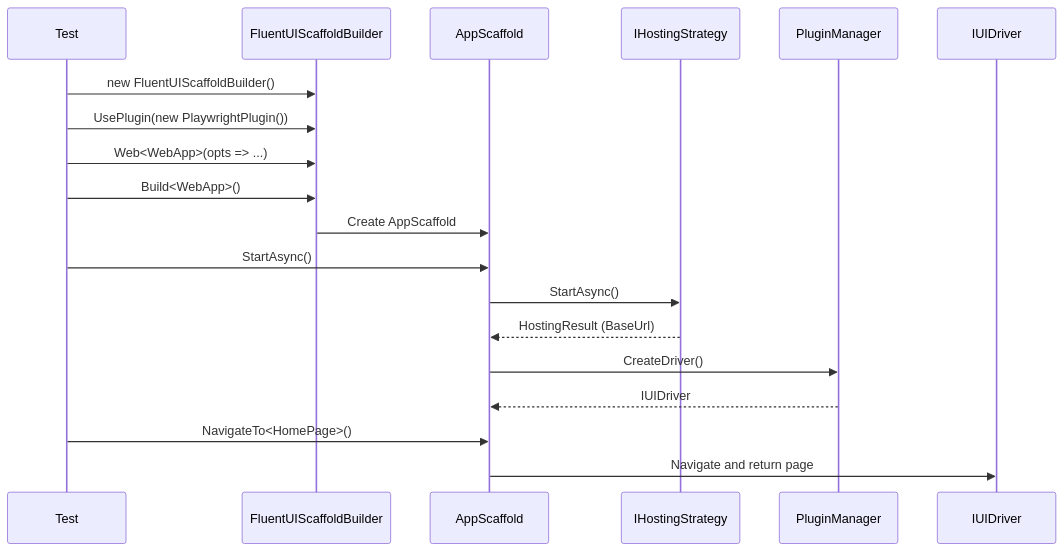
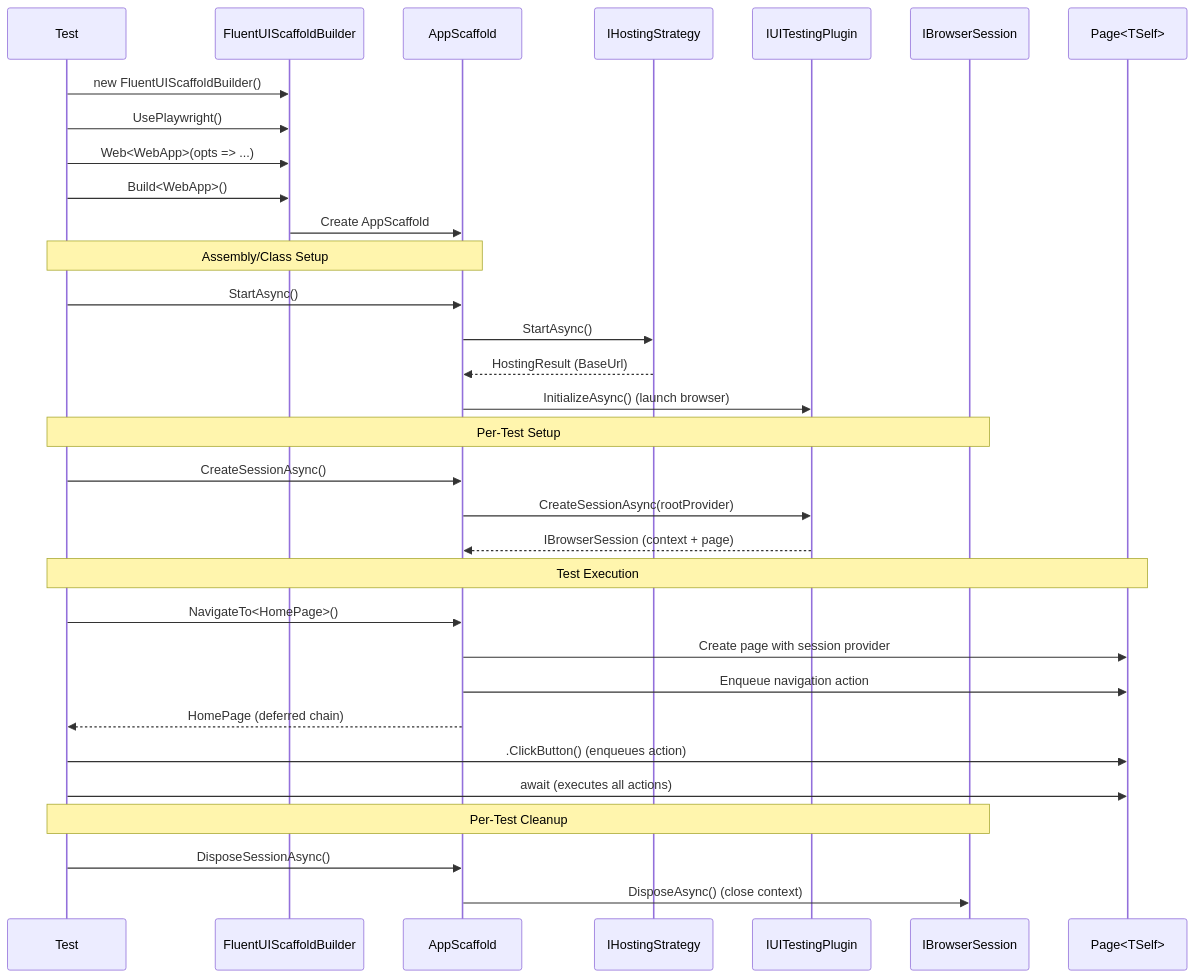
One commit to rburnham52/fluent-ui-scaffold changed the second of 2 diagrams in docs/architecture.md. Above: the diagram before and after it, drawn with Mermaid. The commit also changed other lines of this file and 112 other files, not shown here.

First line of the commit message:
refactor: Foundation redesign - deferred execution chains and plugin/session architecture (#32)

````diff
--- a/docs/architecture.md
+++ b/docs/architecture.md
@@ -123,22 +121,39 @@
 ```mermaid
 sequenceDiagram
     participant Test
     participant Builder as FluentUIScaffoldBuilder
     participant App as AppScaffold
     participant HS as IHostingStrategy
-    participant PM as PluginManager
-    participant Driver as IUIDriver
+    participant Plugin as IUITestingPlugin
+    participant Session as IBrowserSession
+    participant Page as Page<TSelf>
 
     Test->>Builder: new FluentUIScaffoldBuilder()
-    Test->>Builder: UsePlugin(new PlaywrightPlugin())
+    Test->>Builder: UsePlaywright()
     Test->>Builder: Web<WebApp>(opts => ...)
     Test->>Builder: Build<WebApp>()
     Builder->>App: Create AppScaffold
+
+    Note over Test,App: Assembly/Class Setup
     Test->>App: StartAsync()
     App->>HS: StartAsync()
     HS-->>App: HostingResult (BaseUrl)
-    App->>PM: CreateDriver()
-    PM-->>App: IUIDriver
+    App->>Plugin: InitializeAsync() (launch browser)
+
+    Note over Test,Session: Per-Test Setup
+    Test->>App: CreateSessionAsync()
+    App->>Plugin: CreateSessionAsync(rootProvider)
+    Plugin-->>App: IBrowserSession (context + page)
+
+    Note over Test,Page: Test Execution
     Test->>App: NavigateTo<HomePage>()
-    App->>Driver: Navigate and return page
+    App->>Page: Create page with session provider
+    App->>Page: Enqueue navigation action
+    App-->>Test: HomePage (deferred chain)
+    Test->>Page: .ClickButton() (enqueues action)
+    Test->>Page: await (executes all actions)
+
+    Note over Test,Session: Per-Test Cleanup
+    Test->>App: DisposeSessionAsync()
+    App->>Session: DisposeAsync() (close context)
 ```
````
